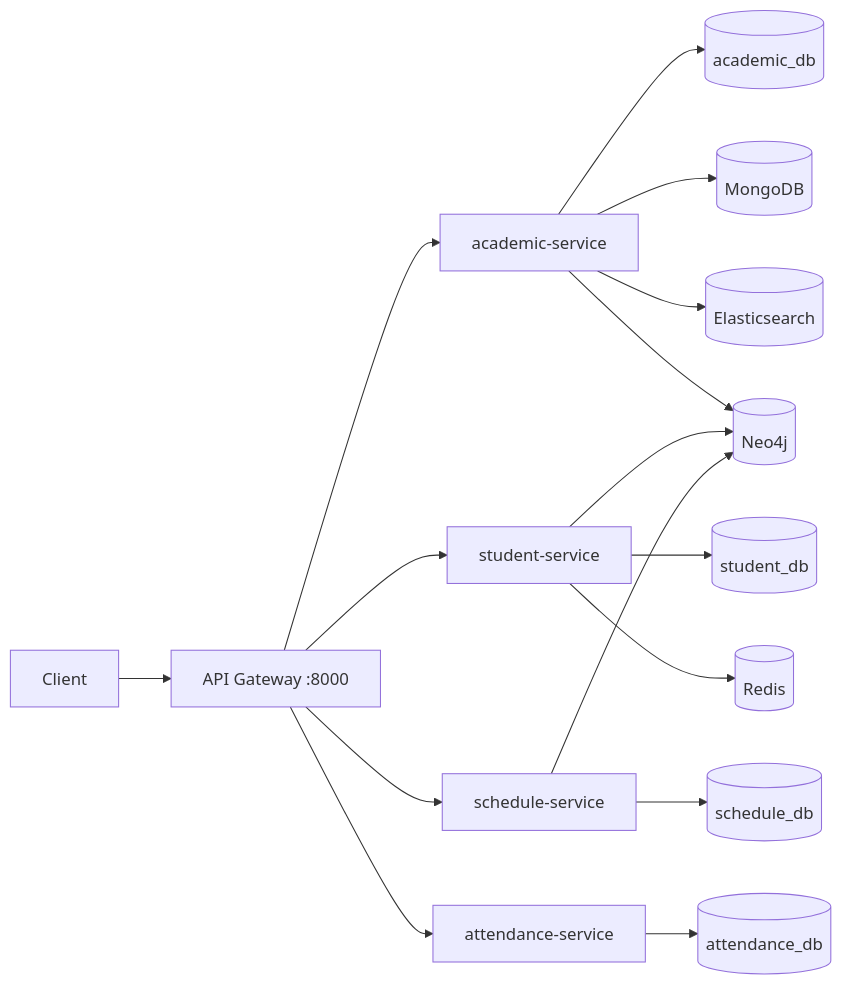
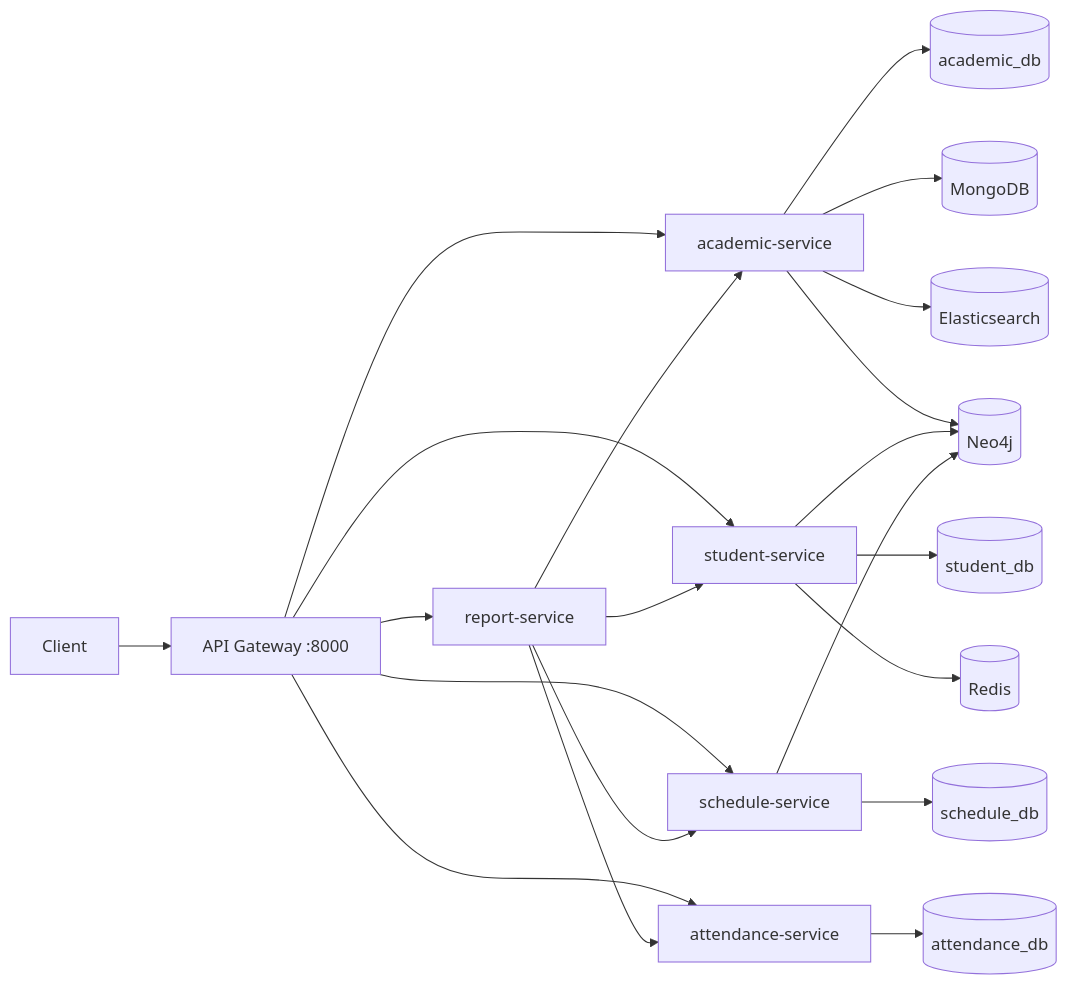
Before and after one commit to DR0P-database/university-production-system: the first of 11 diagrams in docs/ARCHITECTURE.md, drawn with Mermaid. The commit also changed other lines of this file and 21 other files, not shown here.

````diff
--- a/docs/ARCHITECTURE.md
+++ b/docs/ARCHITECTURE.md
@@ -13,22 +13,27 @@
 ```mermaid
 flowchart LR
     Client --> Gateway[API Gateway :8000]
     Gateway --> Academic[academic-service]
     Gateway --> Students[student-service]
     Gateway --> Schedule[schedule-service]
     Gateway --> Attendance[attendance-service]
+    Gateway --> Reports[report-service]
+    Reports --> Academic
+    Reports --> Students
+    Reports --> Schedule
+    Reports --> Attendance
 
     Academic --> ADB[(academic_db)]
     Academic --> Mongo[(MongoDB)]
     Academic --> ES[(Elasticsearch)]
     Academic --> Neo[(Neo4j)]
 
     Students --> SDB[(student_db)]
     Students --> Redis[(Redis)]
     Students --> Neo
 
     Schedule --> SCDB[(schedule_db)]
     Schedule --> Neo
 
     Attendance --> ATDB[(attendance_db)]
 ```
````
